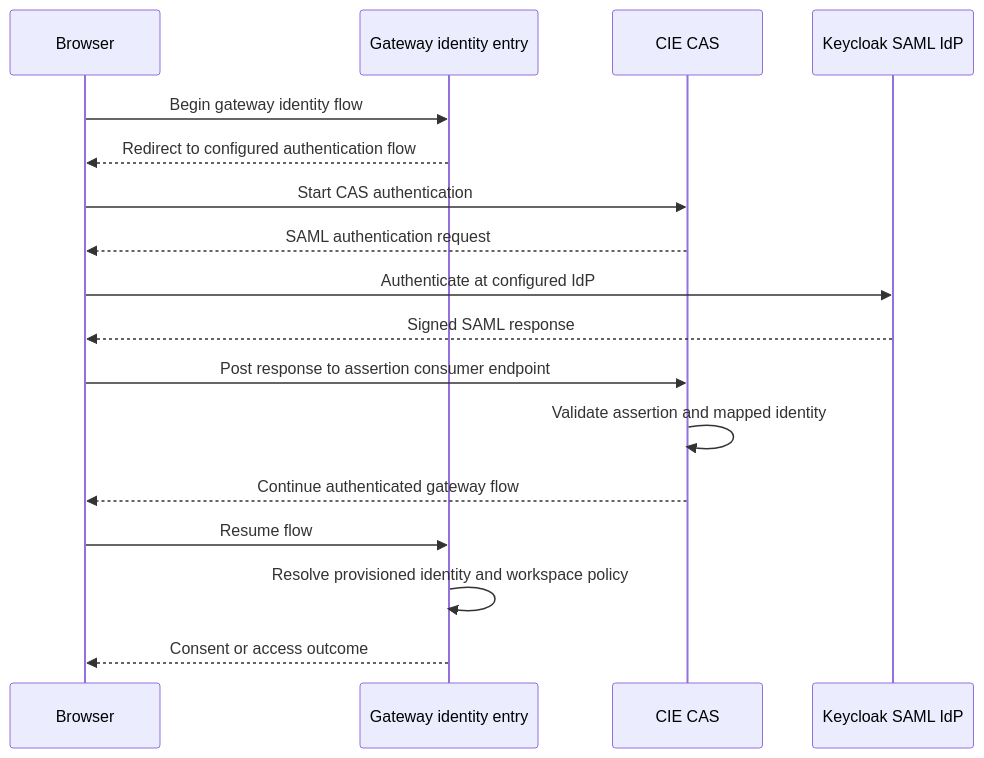
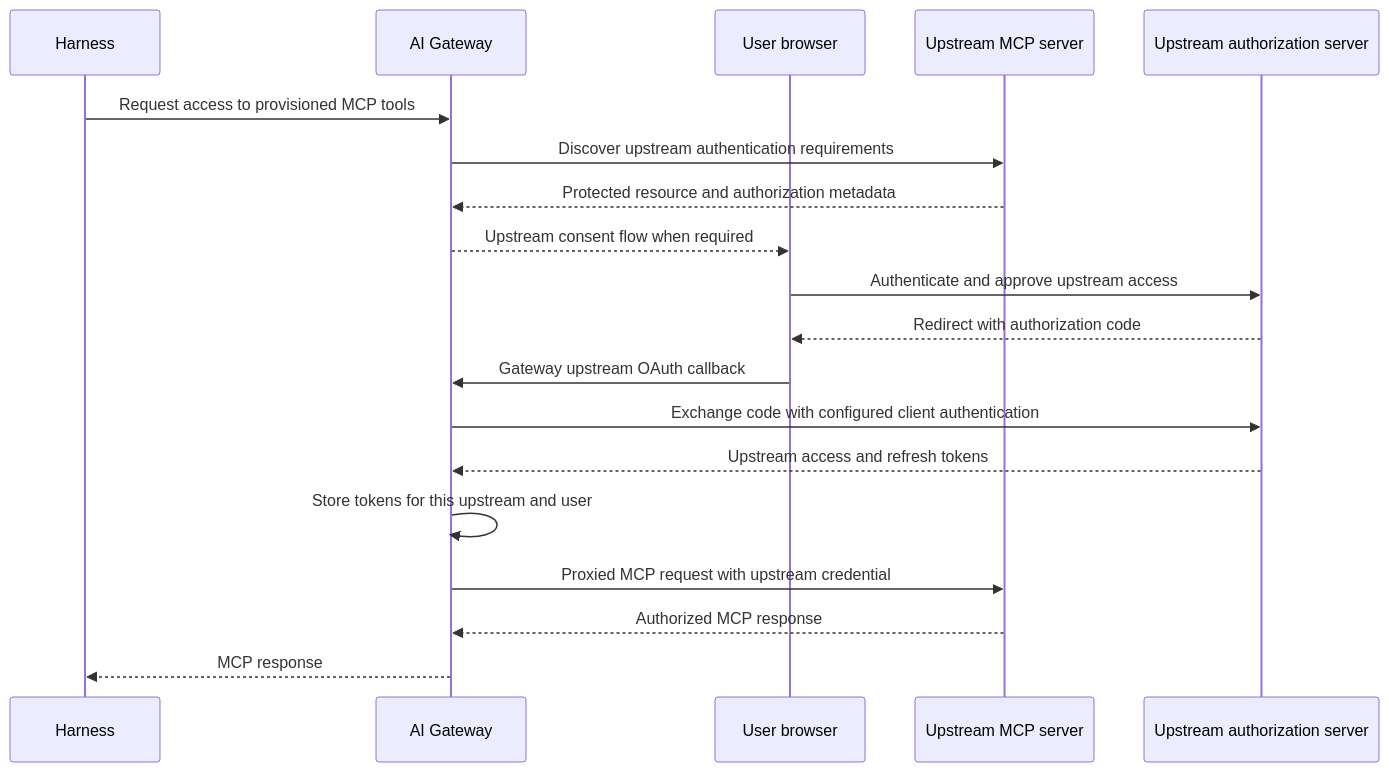
One commit to cdot65/prisma-airs-reference-architecture changed the second of 2 diagrams in docs/login.md. Above: the diagram before and after it, drawn with Mermaid. The commit also changed other lines of this file and 17 other files, not shown here.

Commit message:
Withdraw direct MCP architecture and restore required gateway mediation

````diff
--- a/docs/login.md
+++ b/docs/login.md
@@ -96,21 +60,23 @@
 ```mermaid
 sequenceDiagram
-    accTitle: Related CIE CAS browser authentication
-    accDescr: The browser follows a gateway identity flow to CAS and Keycloak. A signed SAML response returns through the browser, after which the gateway resolves the provisioned identity and policy.
-    participant browser as Browser
-    participant gateway as Gateway identity entry
-    participant cas as CIE CAS
-    participant keycloak as Keycloak SAML IdP
-    browser->>gateway: Begin gateway identity flow
-    gateway-->>browser: Redirect to configured authentication flow
-    browser->>cas: Start CAS authentication
-    cas-->>browser: SAML authentication request
-    browser->>keycloak: Authenticate at configured IdP
-    keycloak-->>browser: Signed SAML response
-    browser->>cas: Post response to assertion consumer endpoint
-    cas->>cas: Validate assertion and mapped identity
-    cas-->>browser: Continue authenticated gateway flow
-    browser->>gateway: Resume flow
-    gateway->>gateway: Resolve provisioned identity and workspace policy
-    gateway-->>browser: Consent or access outcome
+    accTitle: Separate gateway-managed upstream MCP authorization
+    accDescr: The gateway discovers upstream OAuth and coordinates the user's consent. The upstream authorization server issues tokens to the gateway, which stores them and uses them for proxied MCP requests. The harness retains only its gateway-facing credentials.
+    participant client as Harness
+    participant gateway as AI Gateway
+    participant browser as User browser
+    participant upstream as Upstream MCP server
+    participant auth as Upstream authorization server
+    client->>gateway: Request access to provisioned MCP tools
+    gateway->>upstream: Discover upstream authentication requirements
+    upstream-->>gateway: Protected resource and authorization metadata
+    gateway-->>browser: Upstream consent flow when required
+    browser->>auth: Authenticate and approve upstream access
+    auth-->>browser: Redirect with authorization code
+    browser->>gateway: Gateway upstream OAuth callback
+    gateway->>auth: Exchange code with configured client authentication
+    auth-->>gateway: Upstream access and refresh tokens
+    gateway->>gateway: Store tokens for this upstream and user
+    gateway->>upstream: Proxied MCP request with upstream credential
+    upstream-->>gateway: Authorized MCP response
+    gateway-->>client: MCP response
 ```
````
